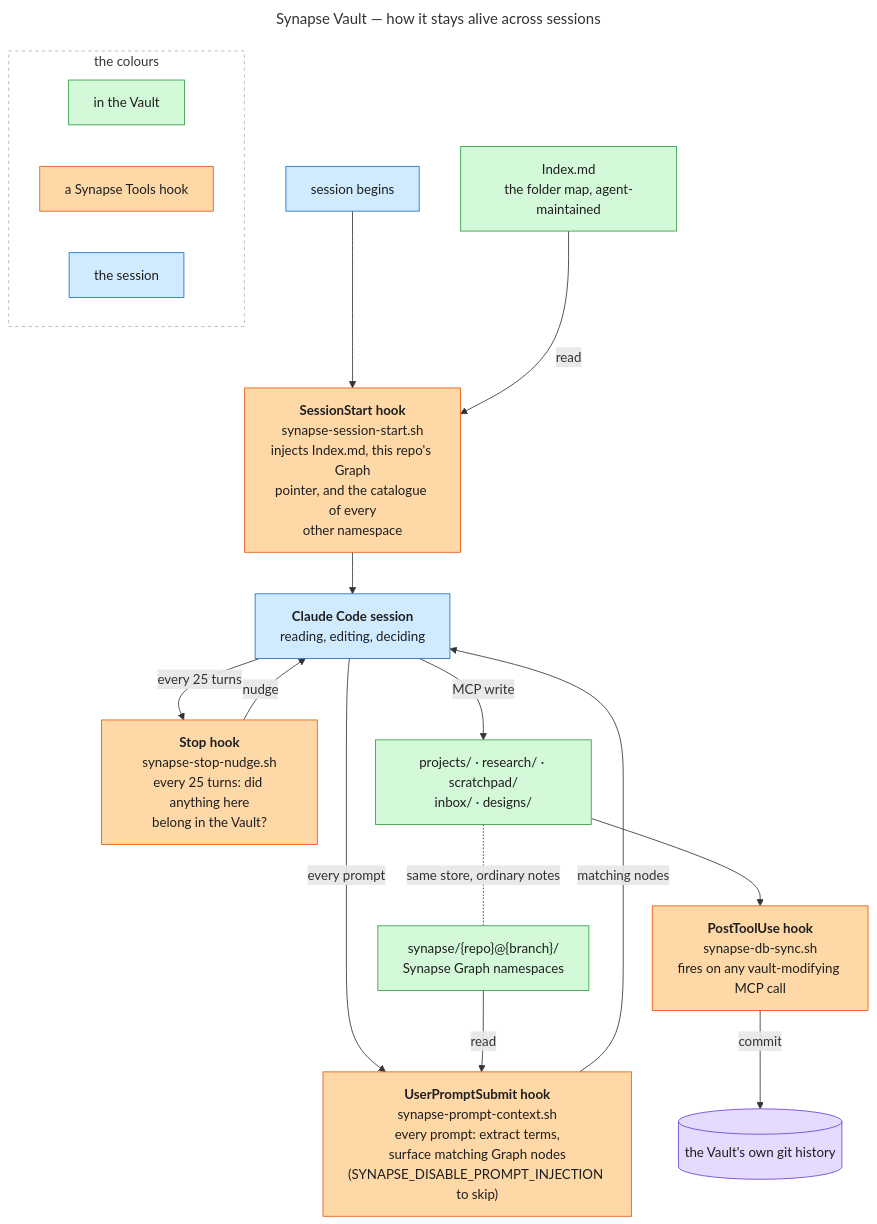
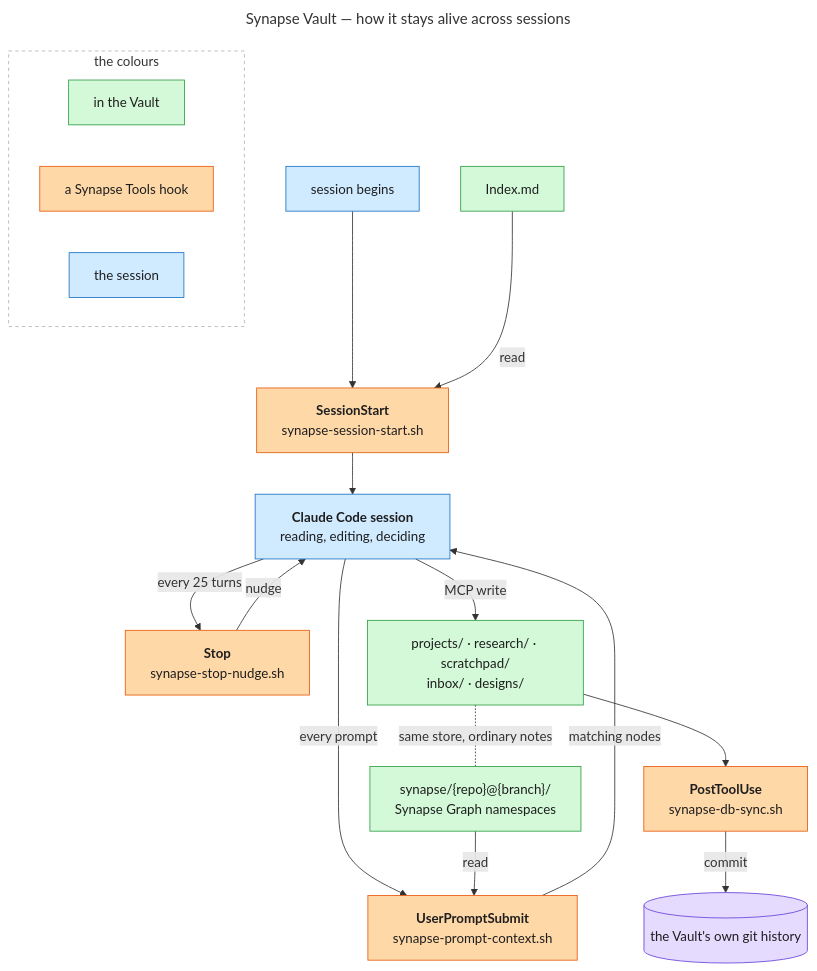
Before and after one commit to imunitic/second-brain-setup: the diagram in docs/diagrams/synapse-vault-overview.mmd, drawn with Mermaid. The commit also changed 12 other files, not shown here.

```diff
--- a/docs/diagrams/synapse-vault-overview.mmd
+++ b/docs/diagrams/synapse-vault-overview.mmd
@@ -1,55 +1,58 @@
 ---
 title: Synapse Vault — how it stays alive across sessions
 ---
 %% Kept deliberately flat: NO subgraph for the Vault. Mermaid drew its cluster box
 %% around the hooks and the session too, which reads as "these live inside the
 %% Vault" -- false. Colour carries membership instead, and edge labels are held
-%% to two or three words. Long labels on crossing edges land on top of boxes, and
-%% detail reads better inside a node than beside an arrow.
+%% to two or three words. Long labels on crossing edges land on top of boxes.
+%% -- Boxes carry NAMES. What each hook actually does is in the reference table
+%% under this diagram in docs/synapse-vault.md: a rectangle holding five lines of
+%% mechanism is a paragraph in a box, unreadable at exactly the glance a diagram
+%% exists to serve.
 flowchart TB
     classDef hook fill:#ffd8a8,stroke:#e8590c,color:#1e1e1e
     classDef vault fill:#d3f9d8,stroke:#2f9e44,color:#1e1e1e
     classDef session fill:#d0ebff,stroke:#1971c2,color:#1e1e1e
     classDef store fill:#e5dbff,stroke:#6741d9,color:#1e1e1e
 
     BEGIN["session begins"]
-    H1["<b>SessionStart hook</b><br/>synapse-session-start.sh<br/>injects Index.md, this repo's Graph<br/>pointer, and the catalogue of every<br/>other namespace"]
+    H1["<b>SessionStart</b><br/>synapse-session-start.sh"]
     WORK["<b>Claude Code session</b><br/>reading, editing, deciding"]
-    H2["<b>Stop hook</b><br/>synapse-stop-nudge.sh<br/>every 25 turns: did anything here<br/>belong in the Vault?"]
-    H3["<b>PostToolUse hook</b><br/>synapse-db-sync.sh<br/>fires on any vault-modifying MCP call"]
-    H4["<b>UserPromptSubmit hook</b><br/>synapse-prompt-context.sh<br/>every prompt: extract terms,<br/>surface matching Graph nodes<br/>(SYNAPSE_DISABLE_PROMPT_INJECTION to skip)"]
+    H2["<b>Stop</b><br/>synapse-stop-nudge.sh"]
+    H3["<b>PostToolUse</b><br/>synapse-db-sync.sh"]
+    H4["<b>UserPromptSubmit</b><br/>synapse-prompt-context.sh"]
 
-    IDX["Index.md<br/>the folder map, agent-maintained"]
+    IDX["Index.md"]
     FOLDERS["projects/ · research/ · scratchpad/<br/>inbox/ · designs/"]
     SYN["synapse/{repo}@{branch}/<br/>Synapse Graph namespaces"]
     GIT[("the Vault's own git history")]
 
     BEGIN --> H1
     IDX -->|"read"| H1
     H1 --> WORK
     WORK -->|"every 25 turns"| H2
     H2 -->|"nudge"| WORK
     WORK -->|"every prompt"| H4
     SYN -->|"read"| H4
     H4 -->|"matching nodes"| WORK
     WORK -->|"MCP write"| FOLDERS
     FOLDERS --> H3
     H3 -->|"commit"| GIT
 
     class H1,H2,H3,H4 hook
     class IDX,FOLDERS,SYN vault
     class BEGIN,WORK session
     class GIT store
 
     FOLDERS -.-|"same store, ordinary notes"| SYN
 
     subgraph KEY["the colours"]
         direction LR
         K1["in the Vault"]
         K2["a Synapse Tools hook"]
         K3["the session"]
     end
     class K1 vault
     class K2 hook
     class K3 session
     style KEY fill:#ffffff,stroke:#adb5bd,stroke-dasharray:4 4
```
